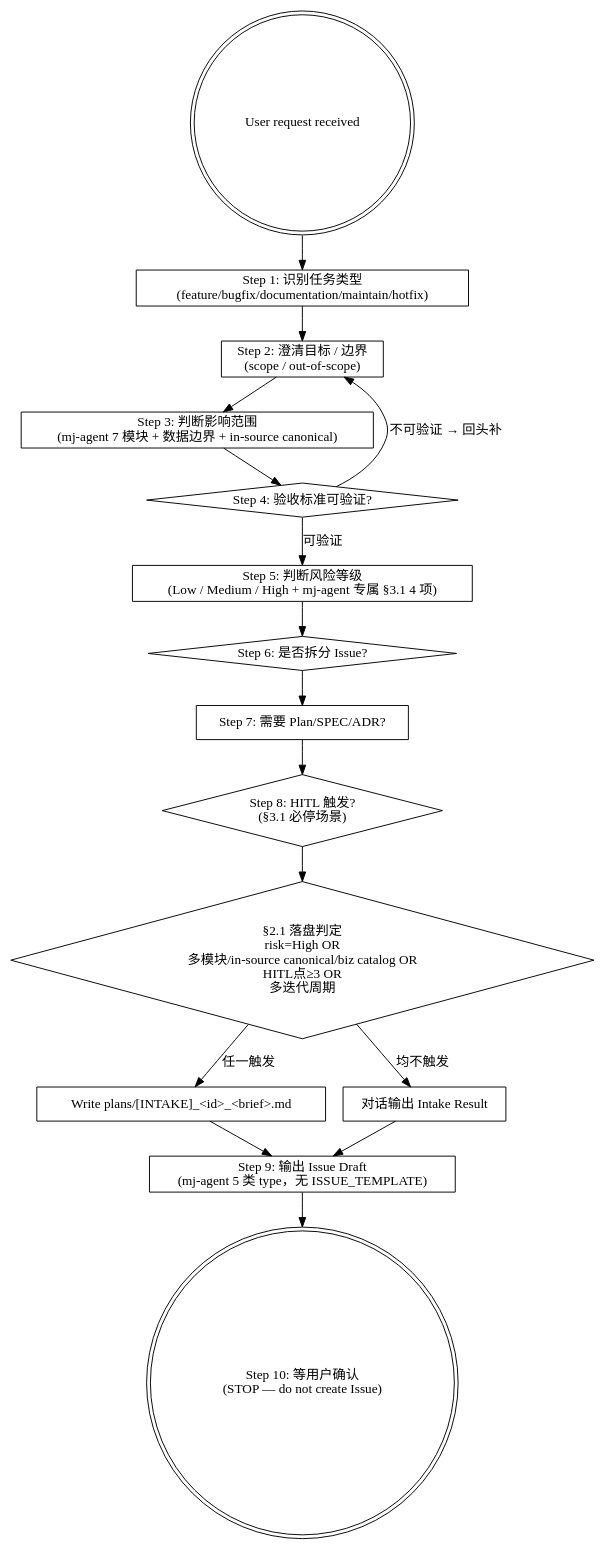
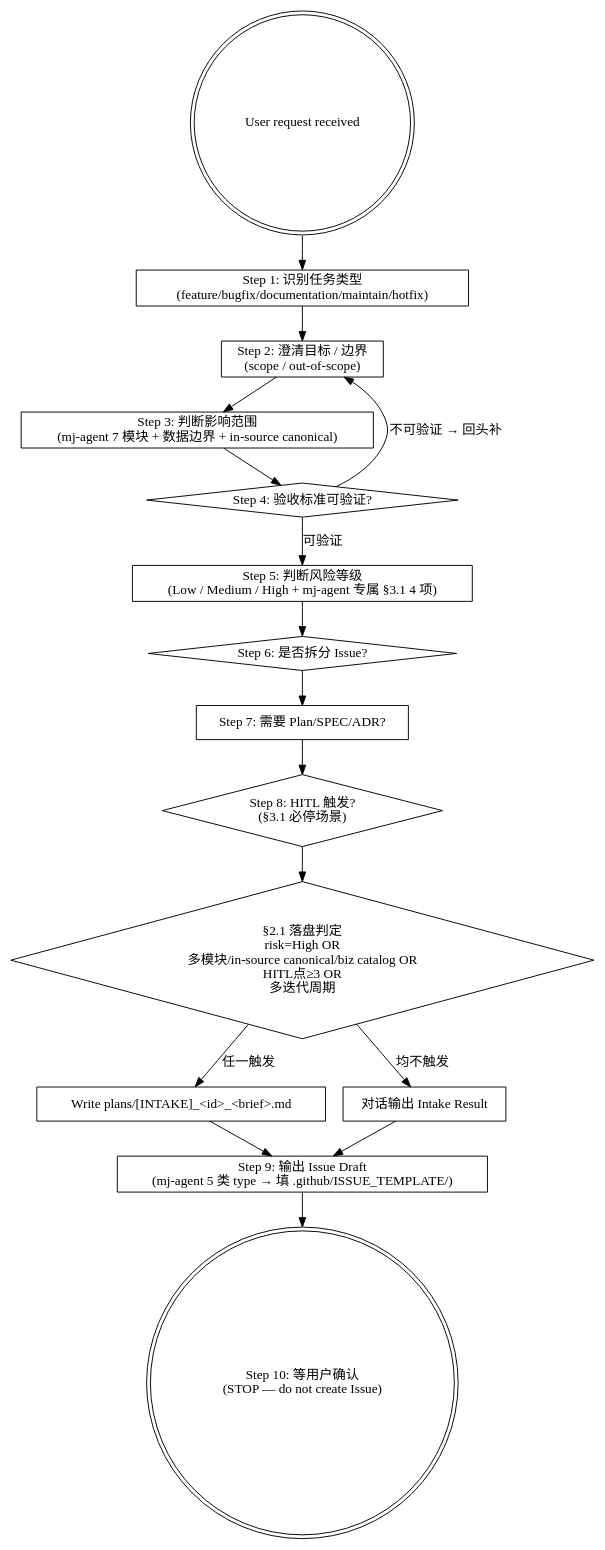
Before and after one commit to MJ-AgentLab/mj-agent: the diagram in .claude/skills/mj-agent-flow-intake/SKILL.md, drawn with Graphviz. The commit also changed other lines of this file and 11 other files, not shown here.

````diff
--- a/.claude/skills/mj-agent-flow-intake/SKILL.md
+++ b/.claude/skills/mj-agent-flow-intake/SKILL.md
@@ -26,33 +26,33 @@
 ```dot
 digraph intake {
   rankdir=TB;
   start [label="User request received" shape=doublecircle];
 
   s1 [label="Step 1: 识别任务类型\n(feature/bugfix/documentation/maintain/hotfix)" shape=box];
   s2 [label="Step 2: 澄清目标 / 边界\n(scope / out-of-scope)" shape=box];
   s3 [label="Step 3: 判断影响范围\n(mj-agent 7 模块 + 数据边界 + in-source canonical)" shape=box];
   s4 [label="Step 4: 验收标准可验证?" shape=diamond];
   s5 [label="Step 5: 判断风险等级\n(Low / Medium / High + mj-agent 专属 §3.1 4 项)" shape=box];
   s6 [label="Step 6: 是否拆分 Issue?" shape=diamond];
   s7 [label="Step 7: 需要 Plan/SPEC/ADR?" shape=box];
   s8 [label="Step 8: HITL 触发?\n(§3.1 必停场景)" shape=diamond];
 
   落盘判定 [label="§2.1 落盘判定\nrisk=High OR\n多模块/in-source canonical/biz catalog OR\nHITL点≥3 OR\n多迭代周期" shape=diamond];
 
   落盘 [label="Write plans/[INTAKE]_<id>_<brief>.md" shape=box];
   对话输出 [label="对话输出 Intake Result" shape=box];
 
-  s9 [label="Step 9: 输出 Issue Draft\n(mj-agent 5 类 type，无 ISSUE_TEMPLATE)" shape=box];
+  s9 [label="Step 9: 输出 Issue Draft\n(mj-agent 5 类 type → 填 .github/ISSUE_TEMPLATE/)" shape=box];
   hitl [label="Step 10: 等用户确认\n(STOP — do not create Issue)" shape=doublecircle];
 
   start -> s1 -> s2 -> s3 -> s4;
   s4 -> s5 [label="可验证"];
   s4 -> s2 [label="不可验证 → 回头补"];
   s5 -> s6 -> s7 -> s8 -> 落盘判定;
   落盘判定 -> 落盘 [label="任一触发"];
   落盘判定 -> 对话输出 [label="均不触发"];
   落盘 -> s9;
   对话输出 -> s9;
   s9 -> hitl;
 }
 ```
````
